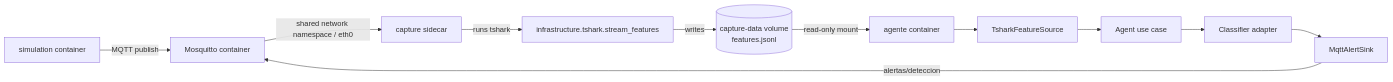
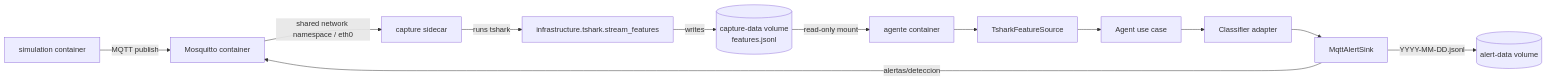
The diagram in README.md (AlejandroPenagos84/Agent_IoT), drawn with Mermaid before and after one commit. The commit also changed other lines of this file and 8 other files, not shown here.

````diff
--- a/README.md
+++ b/README.md
@@ -35,13 +36,14 @@
 ```mermaid
 flowchart LR
     sim[simulation container] -->|MQTT publish| broker[Mosquitto container]
     broker -->|shared network namespace / eth0| cap[capture sidecar]
     cap -->|runs tshark| stream[infrastructure.tshark.stream_features]
     stream -->|writes| jsonl[(capture-data volume\nfeatures.jsonl)]
     jsonl -->|read-only mount| agent[agente container]
     agent --> source[TsharkFeatureSource]
     source --> usecase[Agent use case]
     usecase --> classifier[Classifier adapter]
     classifier --> sink[MqttAlertSink]
     sink -->|alertas/deteccion| broker
+    sink -->|YYYY-MM-DD.jsonl| alerts[(alert-data volume)]
 ```
````
